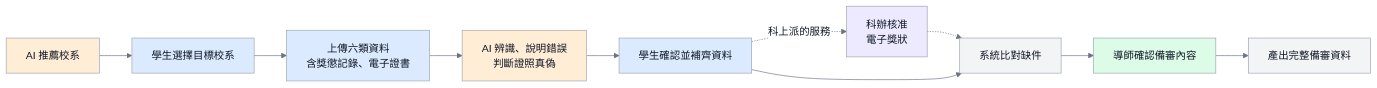
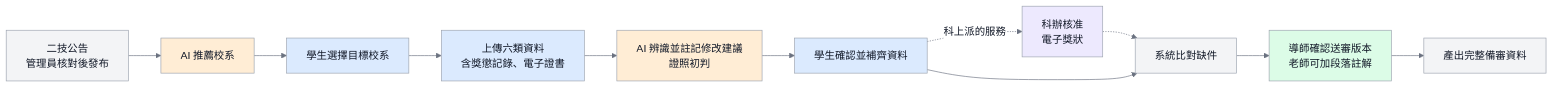
One commit to vujhdcusa/1028 changed the diagram in docs/images/D-15-report-overview.mmd. Above: the diagram before and after it, drawn with Mermaid. The commit also changed 42 other files, not shown here.

Commit message:
流程圖依 10-10 定案更新：圖 5、8、9、11～16 與使用案例圖；新增圖 17 二技公告；ERD 補 6 張表；新增流程圖彙整簡報（不覆蓋 10-07 討論簡報）

```diff
--- a/docs/images/D-15-report-overview.mmd
+++ b/docs/images/D-15-report-overview.mmd
@@ -1,18 +1,19 @@
 %%{init: {'theme':'base','themeVariables': {'fontFamily':'Microsoft JhengHei, Noto Sans TC, Arial, sans-serif','primaryColor':'#F3F4F6','primaryTextColor':'#111827','primaryBorderColor':'#9CA3AF','lineColor':'#6B7280','edgeLabelBackground':'#FFFFFF'},'flowchart':{'wrappingWidth':400}}}%%
 flowchart LR
     classDef student fill:#DBEAFE,stroke:#9CA3AF,color:#111827,stroke-width:1px;
     classDef system fill:#F3F4F6,stroke:#9CA3AF,color:#111827,stroke-width:1px;
     classDef teacher fill:#DCFCE7,stroke:#9CA3AF,color:#111827,stroke-width:1px;
     classDef staff fill:#EDE9FE,stroke:#9CA3AF,color:#111827,stroke-width:1px;
     classDef ai fill:#FFEDD5,stroke:#9CA3AF,color:#111827,stroke-width:1px;
 
+    Notice[二技公告<br/>管理員核對後發布]:::system --> Recommend
     Recommend[AI 推薦校系]:::ai --> Target[學生選擇目標校系]:::student
     Target --> Upload[上傳六類資料<br/>含獎懲記錄、電子證書]:::student
-    Upload --> Check[AI 辨識、說明錯誤<br/>判斷證照真偽]:::ai
+    Upload --> Check[AI 辨識並註記修改建議<br/>證照初判]:::ai
     Check --> Confirm[學生確認並補齊資料]:::student
     Confirm -.科上派的服務.-> Staff[科辦核准<br/>電子獎狀]:::staff
     Staff -.-> Core
     Confirm --> Core[系統比對缺件]:::system
     Core --> Teacher
-    Teacher[導師確認備審內容]:::teacher
+    Teacher[導師確認送審版本<br/>老師可加段落註解]:::teacher
     Teacher --> Output[產出完整備審資料]:::system
```
